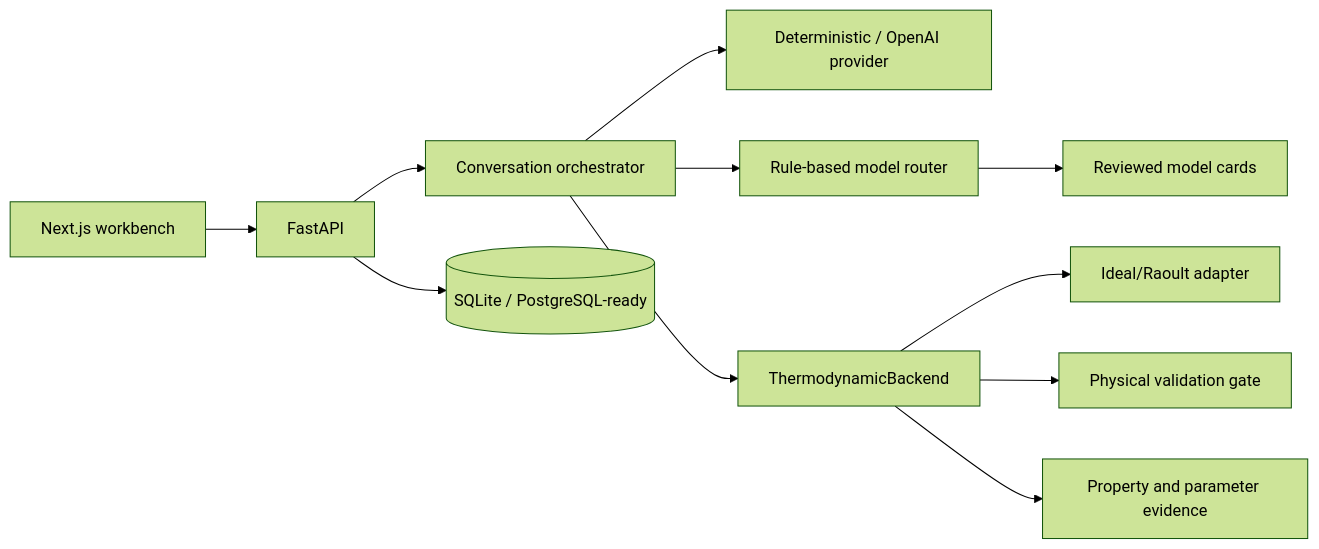
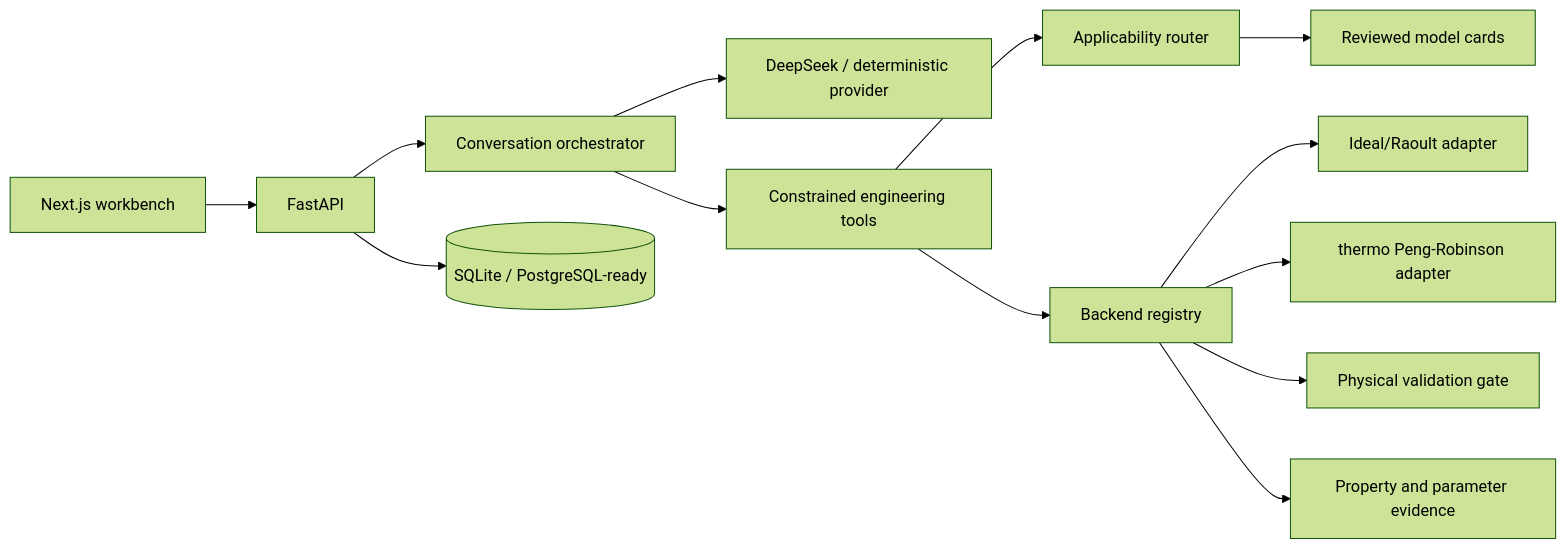
The diagram in README.md (CSH-boop/ThermoEqui-Agent), drawn with Mermaid (forest theme) before and after one commit. The commit also changed other lines of this file and 13 other files, not shown here.

Commit message:
Harden agent thermo integration

````diff
--- a/README.md
+++ b/README.md
@@ -27,13 +28,15 @@
 ```mermaid
 flowchart LR
   UI[Next.js workbench] --> API[FastAPI]
   API --> Agent[Conversation orchestrator]
-  Agent --> Provider[Deterministic / OpenAI provider]
-  Agent --> Router[Rule-based model router]
-  Agent --> Engine[ThermodynamicBackend]
+  Agent --> Provider[DeepSeek / deterministic provider]
+  Agent --> Tools[Constrained engineering tools]
+  Tools --> Router[Applicability router]
+  Tools --> Engine[Backend registry]
   Engine --> Ideal[Ideal/Raoult adapter]
+  Engine --> PR[thermo Peng-Robinson adapter]
   Engine --> Validator[Physical validation gate]
   API --> DB[(SQLite / PostgreSQL-ready)]
   Router --> Cards[Reviewed model cards]
   Engine --> Evidence[Property and parameter evidence]
 ```
````
